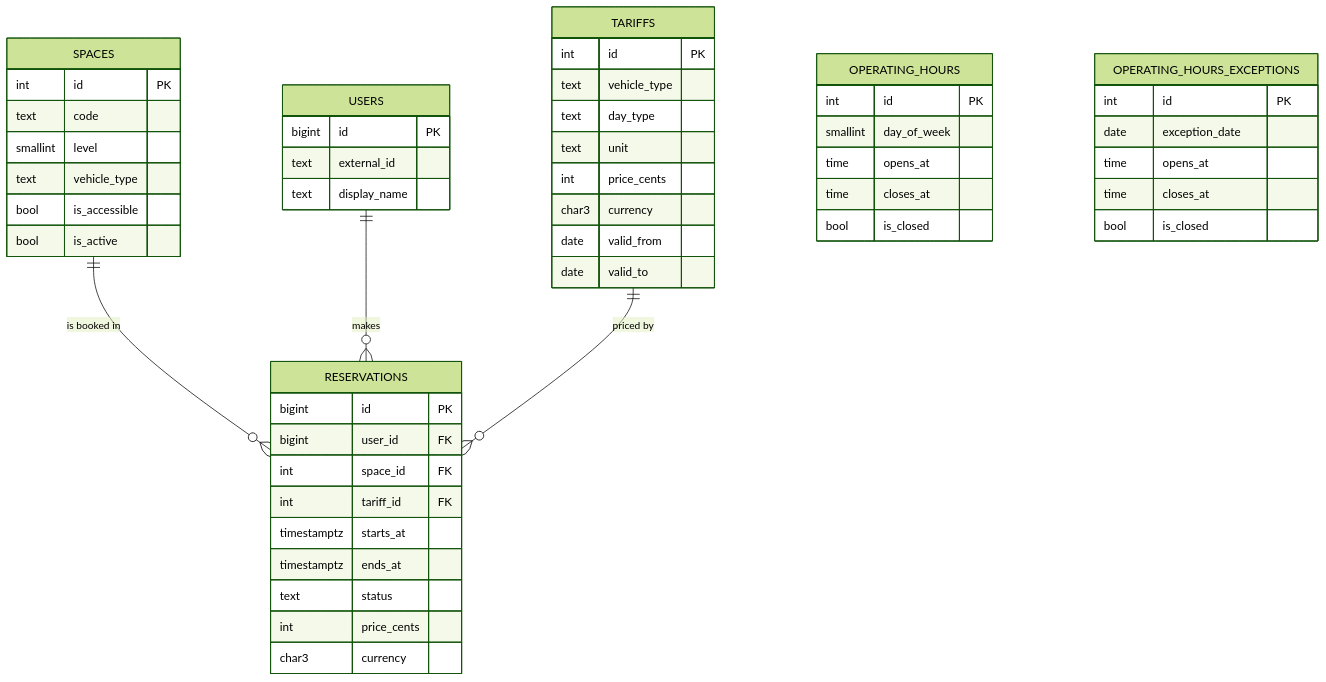
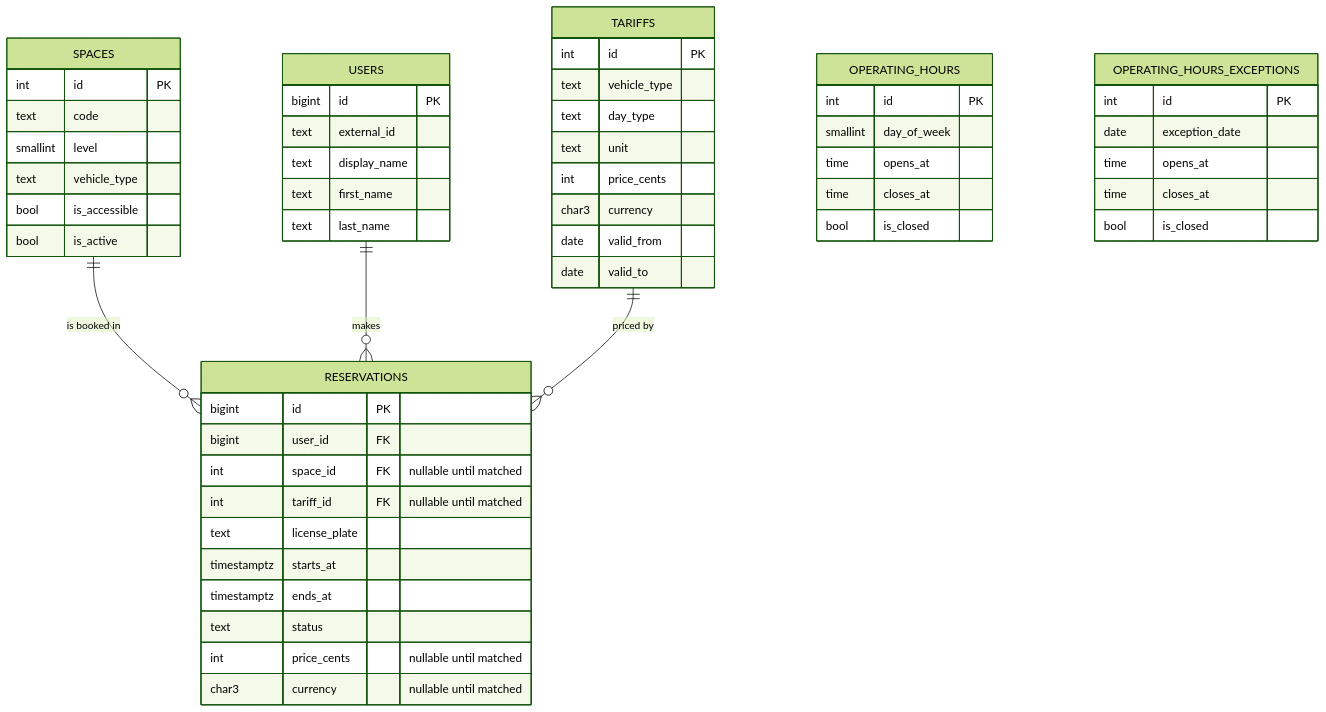
The diagram in docs/sql-schema.md (VladKovalskiy/parking-reservation-chatbot), drawn with Mermaid (forest theme) before and after one commit. The commit also changed other lines of this file and 6 other files, not shown here.

````diff
--- a/docs/sql-schema.md
+++ b/docs/sql-schema.md
@@ -28,55 +28,58 @@
 ```mermaid
 erDiagram
     SPACES ||--o{ RESERVATIONS : "is booked in"
     USERS ||--o{ RESERVATIONS : makes
     TARIFFS ||--o{ RESERVATIONS : "priced by"
 
     SPACES {
         int id PK
         text code
         smallint level
         text vehicle_type
         bool is_accessible
         bool is_active
     }
     TARIFFS {
         int id PK
         text vehicle_type
         text day_type
         text unit
         int price_cents
         char3 currency
         date valid_from
         date valid_to
     }
     OPERATING_HOURS {
         int id PK
         smallint day_of_week
         time opens_at
         time closes_at
         bool is_closed
     }
     OPERATING_HOURS_EXCEPTIONS {
         int id PK
         date exception_date
         time opens_at
         time closes_at
         bool is_closed
     }
     USERS {
         bigint id PK
         text external_id
         text display_name
+        text first_name
+        text last_name
     }
     RESERVATIONS {
         bigint id PK
         bigint user_id FK
-        int space_id FK
-        int tariff_id FK
+        int space_id FK "nullable until matched"
+        int tariff_id FK "nullable until matched"
+        text license_plate
         timestamptz starts_at
         timestamptz ends_at
         text status
-        int price_cents
-        char3 currency
+        int price_cents "nullable until matched"
+        char3 currency "nullable until matched"
     }
 ```
````
